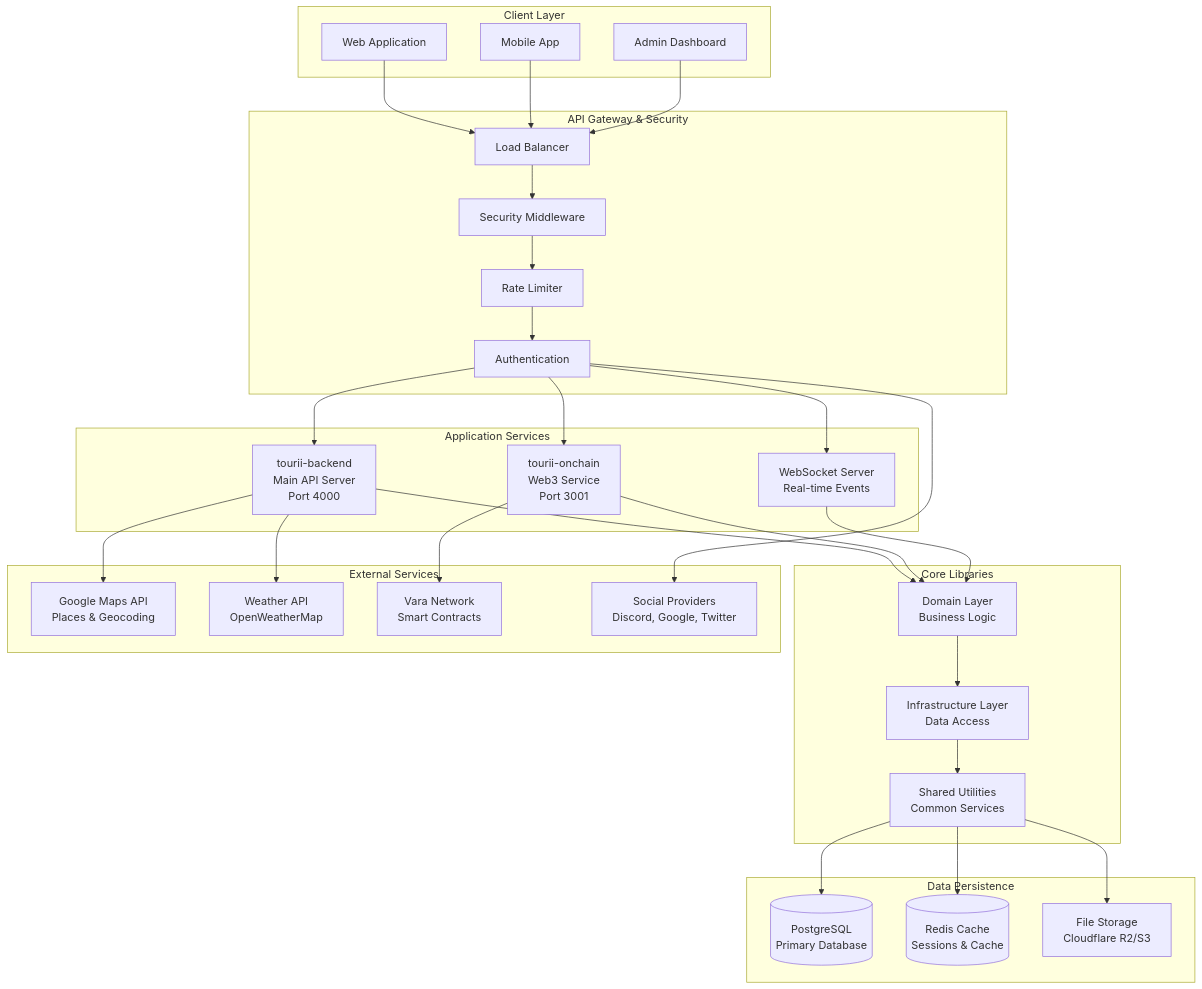
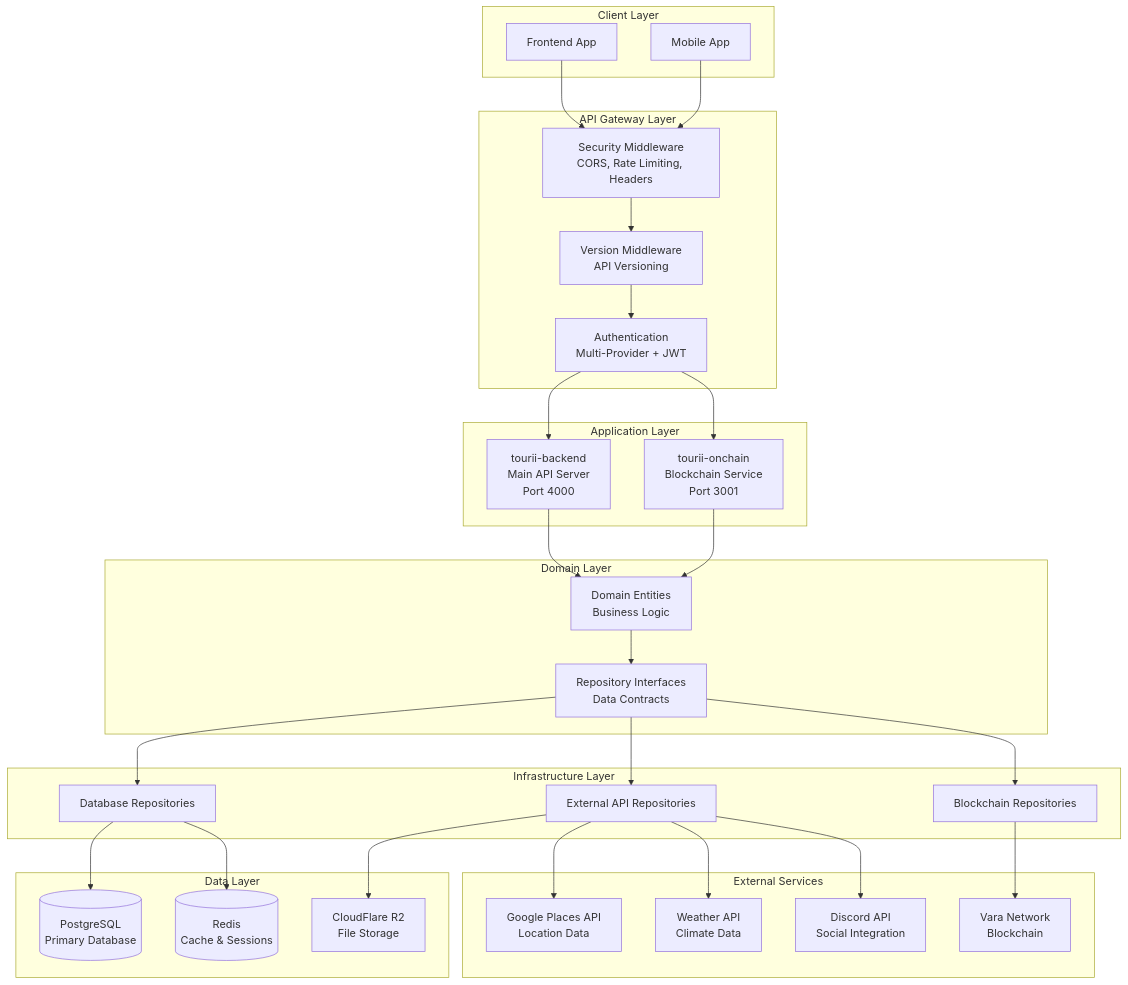
The first of 3 diagrams in docs/SYSTEM_ARCHITECTURE.md (sx-tane/tourii-backend), drawn with Mermaid before and after one commit. The commit also changed other lines of this file and 2 other files, not shown here.

First line of the commit message:
Update API documentation and database guide for Tourii platform

````diff
--- a/docs/SYSTEM_ARCHITECTURE.md
+++ b/docs/SYSTEM_ARCHITECTURE.md
@@ -78,68 +35,64 @@
 ```mermaid
 graph TB
     subgraph "Client Layer"
-        WEB[Web Application]
+        FE[Frontend App]
         MOBILE[Mobile App]
-        ADMIN[Admin Dashboard]
     end
 
-    subgraph "API Gateway & Security"
-        LB[Load Balancer]
-        SECURITY[Security Middleware]
-        RATE[Rate Limiter]
-        AUTH[Authentication]
+    subgraph "API Gateway Layer"
+        SECURITY[Security Middleware<br/>CORS, Rate Limiting, Headers]
+        VERSION[Version Middleware<br/>API Versioning]
+        AUTH[Authentication<br/>Multi-Provider + JWT]
     end
 
-    subgraph "Application Services"
+    subgraph "Application Layer"
         BACKEND[tourii-backend<br/>Main API Server<br/>Port 4000]
-        ONCHAIN[tourii-onchain<br/>Web3 Service<br/>Port 3001]
-        WEBSOCKET[WebSocket Server<br/>Real-time Events]
+        ONCHAIN[tourii-onchain<br/>Blockchain Service<br/>Port 3001]
     end
 
-    subgraph "Core Libraries"
-        DOMAIN[Domain Layer<br/>Business Logic]
-        INFRA[Infrastructure Layer<br/>Data Access]
-        SHARED[Shared Utilities<br/>Common Services]
+    subgraph "Domain Layer"
+        DOMAIN[Domain Entities<br/>Business Logic]
+        REPO[Repository Interfaces<br/>Data Contracts]
     end
 
-    subgraph "Data Persistence"
+    subgraph "Infrastructure Layer"
+        DB_REPO[Database Repositories]
+        API_REPO[External API Repositories]
+        BLOCKCHAIN_REPO[Blockchain Repositories]
+    end
+
+    subgraph "Data Layer"
         PG[(PostgreSQL<br/>Primary Database)]
-        REDIS[(Redis Cache<br/>Sessions & Cache)]
-        FILES[File Storage<br/>Cloudflare R2/S3]
+        REDIS[(Redis<br/>Cache & Sessions)]
+        S3[CloudFlare R2<br/>File Storage]
     end
 
     subgraph "External Services"
-        GOOGLE[Google Maps API<br/>Places & Geocoding]
-        WEATHER[Weather API<br/>OpenWeatherMap]
-        BLOCKCHAIN[Vara Network<br/>Smart Contracts]
-        SOCIAL[Social Providers<br/>Discord, Google, Twitter]
+        GOOGLE[Google Places API<br/>Location Data]
+        WEATHER[Weather API<br/>Climate Data]
+        VARA[Vara Network<br/>Blockchain]
+        DISCORD[Discord API<br/>Social Integration]
     end
 
-    WEB --> LB
-    MOBILE --> LB
-    ADMIN --> LB
-
-    LB --> SECURITY
-    SECURITY --> RATE
-    RATE --> AUTH
-
+    FE --> SECURITY
+    MOBILE --> SECURITY
+    SECURITY --> VERSION
+    VERSION --> AUTH
     AUTH --> BACKEND
     AUTH --> ONCHAIN
-    AUTH --> WEBSOCKET
 
     BACKEND --> DOMAIN
     ONCHAIN --> DOMAIN
-    WEBSOCKET --> DOMAIN
+    DOMAIN --> REPO
+    REPO --> DB_REPO
+    REPO --> API_REPO
+    REPO --> BLOCKCHAIN_REPO
 
-    DOMAIN --> INFRA
-    INFRA --> SHARED
-
-    SHARED --> PG
-    SHARED --> REDIS
-    SHARED --> FILES
-
-    BACKEND --> GOOGLE
-    BACKEND --> WEATHER
-    ONCHAIN --> BLOCKCHAIN
-    AUTH --> SOCIAL
+    DB_REPO --> PG
+    DB_REPO --> REDIS
+    API_REPO --> S3
+    API_REPO --> GOOGLE
+    API_REPO --> WEATHER
+    BLOCKCHAIN_REPO --> VARA
+    API_REPO --> DISCORD
 ```
````
